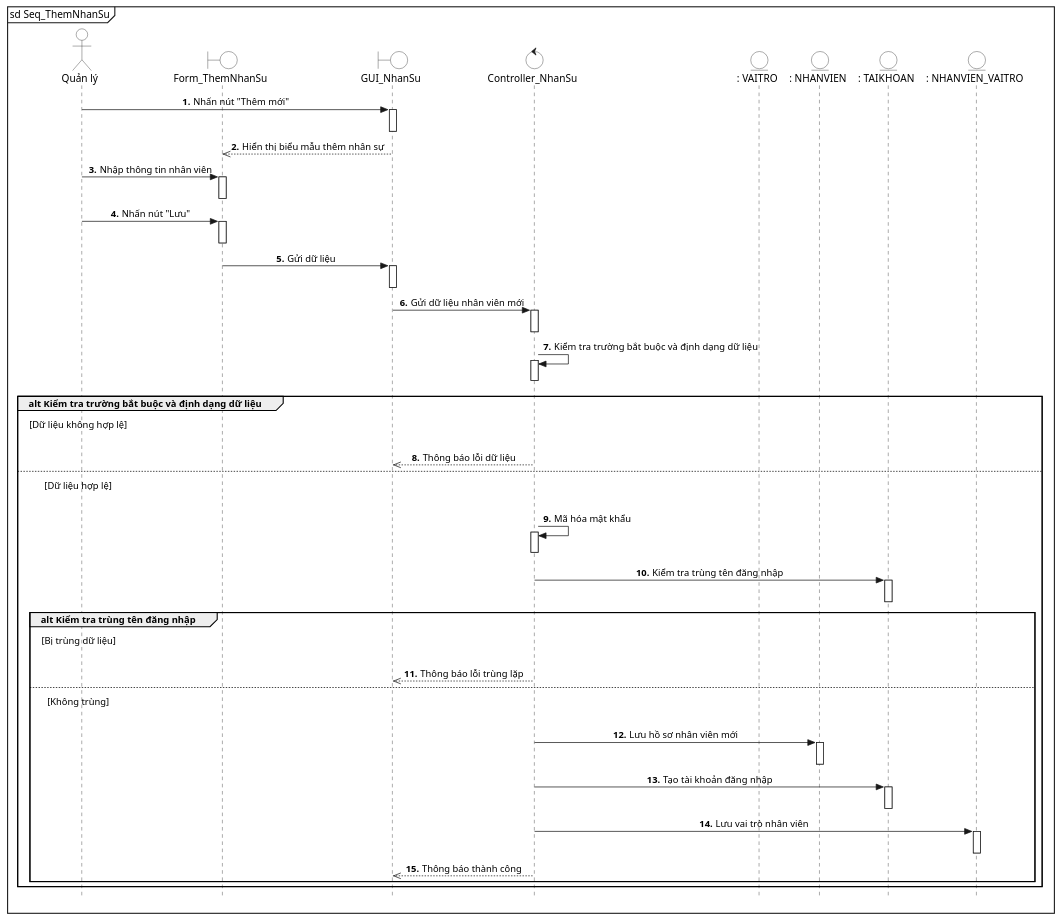
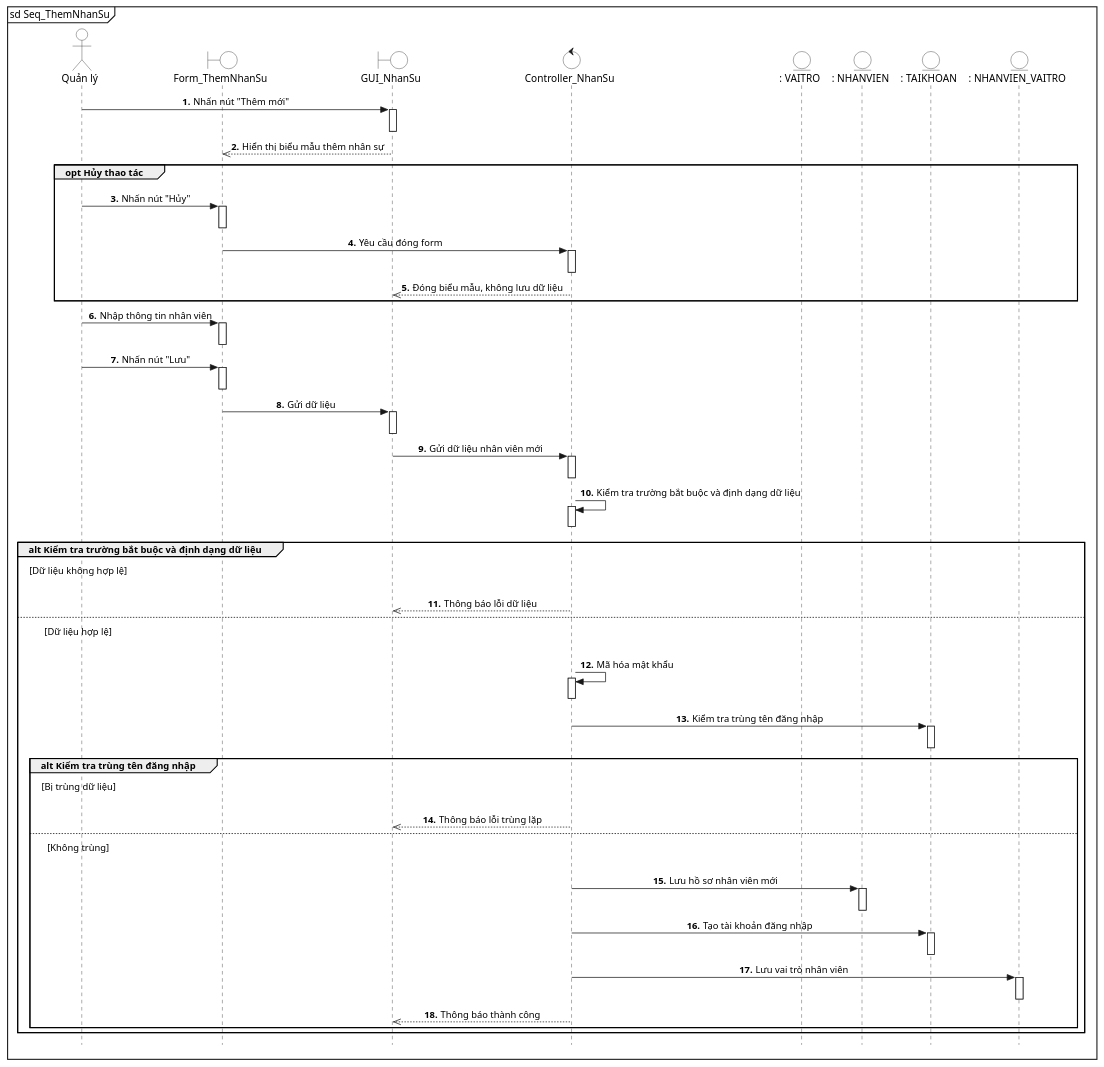
Before and after one commit to lancelotviendangkhoa710/IS-System-Development: the diagram in diagram/Bakery_Management/sq - Huy/04_ThemNhanSu.puml, drawn with PlantUML. The commit also changed 35 other files, not shown here.

Commit message:
diagram khiem

```diff
--- a/diagram/Bakery_Management/sq - Huy/04_ThemNhanSu.puml
+++ b/diagram/Bakery_Management/sq - Huy/04_ThemNhanSu.puml
@@ -1,91 +1,105 @@
 @startuml ThemNhanSu
 mainframe sd Seq_ThemNhanSu
 autonumber "<b>##."
 skinparam sequenceMessageAlign center
 skinparam style strictuml
 
     skinparam noteBackgroundColor transparent
     skinparam noteBorderColor transparent
 
 actor "Quản lý" as QL #White
 boundary "Form_ThemNhanSu" as FRM #White
 boundary "GUI_NhanSu" as UI #White
 control "Controller_NhanSu" as SYS #White
 entity ": VAITRO" as DB_VT #White
 entity ": NHANVIEN" as DB_NV #White
 entity ": TAIKHOAN" as DB_TK #White
 entity ": NHANVIEN_VAITRO" as DB_NVVT #White
 
 QL -> UI: Nhấn nút "Thêm mới"
 activate UI
 deactivate UI
 
 UI -->> FRM: Hiển thị biểu mẫu thêm nhân sự
 
+group opt Hủy thao tác
+    autonumber stop
+    QL -[hidden]-> DB_NVVT
+    autonumber resume "<b>##."
+    QL -> FRM: Nhấn nút "Hủy"
+    activate FRM
+    deactivate FRM
+    
+FRM -> SYS: Yêu cầu đóng form
+    activate SYS
+    deactivate SYS
+    
+    SYS -->> UI: Đóng biểu mẫu, không lưu dữ liệu
+end
 
 QL -> FRM: Nhập thông tin nhân viên 
 activate FRM
 deactivate FRM
 
 QL -> FRM: Nhấn nút "Lưu"
 activate FRM
 deactivate FRM
 FRM -> UI: Gửi dữ liệu
 activate UI
 deactivate UI
 
 UI -> SYS: Gửi dữ liệu nhân viên mới
 activate SYS
 deactivate SYS
 
 SYS -> SYS: Kiểm tra trường bắt buộc và định dạng dữ liệu
 activate SYS
 deactivate SYS
 
 group alt Kiểm tra trường bắt buộc và định dạng dữ liệu
     note over of QL: [Dữ liệu không hợp lệ]
     autonumber stop
     QL -[hidden]-> DB_NV
     autonumber resume "<b>##."
     SYS -->> UI: Thông báo lỗi dữ liệu
 else 
     note over of QL: [Dữ liệu hợp lệ]
     autonumber stop
     QL -[hidden]-> DB_NV
     autonumber resume "<b>##."
     SYS -> SYS: Mã hóa mật khẩu
     activate SYS
     deactivate SYS
 
     SYS -> DB_TK: Kiểm tra trùng tên đăng nhập
     activate DB_TK
     deactivate DB_TK
 
     group alt Kiểm tra trùng tên đăng nhập
         note over of QL: [Bị trùng dữ liệu]
         autonumber stop
         QL -[hidden]-> DB_NV
         autonumber resume "<b>##."
         SYS -->> UI: Thông báo lỗi trùng lặp
     else 
         note over of QL: [Không trùng]
         autonumber stop
         QL -[hidden]-> DB_NV
         autonumber resume "<b>##."
         SYS -> DB_NV: Lưu hồ sơ nhân viên mới
         activate DB_NV
         deactivate DB_NV
 
         SYS -> DB_TK: Tạo tài khoản đăng nhập
         activate DB_TK
         deactivate DB_TK
 
         SYS -> DB_NVVT: Lưu vai trò nhân viên
         activate DB_NVVT
         deactivate DB_NVVT
 
         SYS -->> UI: Thông báo thành công
     end
 end
 
 @enduml
```
